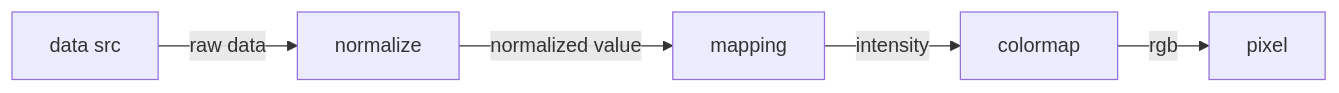
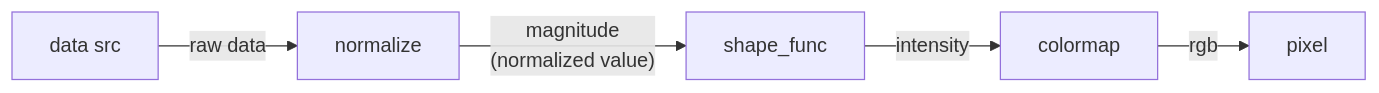
One commit to botamochi6277/Arduino-BLE-Neopixel-Controller changed the second of 2 diagrams in README.md. Above: the diagram before and after it, drawn with Mermaid. The commit also changed other lines of this file and 9 other files, not shown here.

````diff
--- a/README.md
+++ b/README.md
@@ -28,6 +29,6 @@
 ```mermaid
 graph LR
 
 data_src[data src]
-data_src-->|raw data|normalize-->|normalized value|mapping-->|intensity|colormap-->|rgb|pixel
+data_src-->|raw data|normalize-->|"magnitude\n(normalized value)"|shape_func-->|intensity|colormap-->|rgb|pixel
 ```
````
